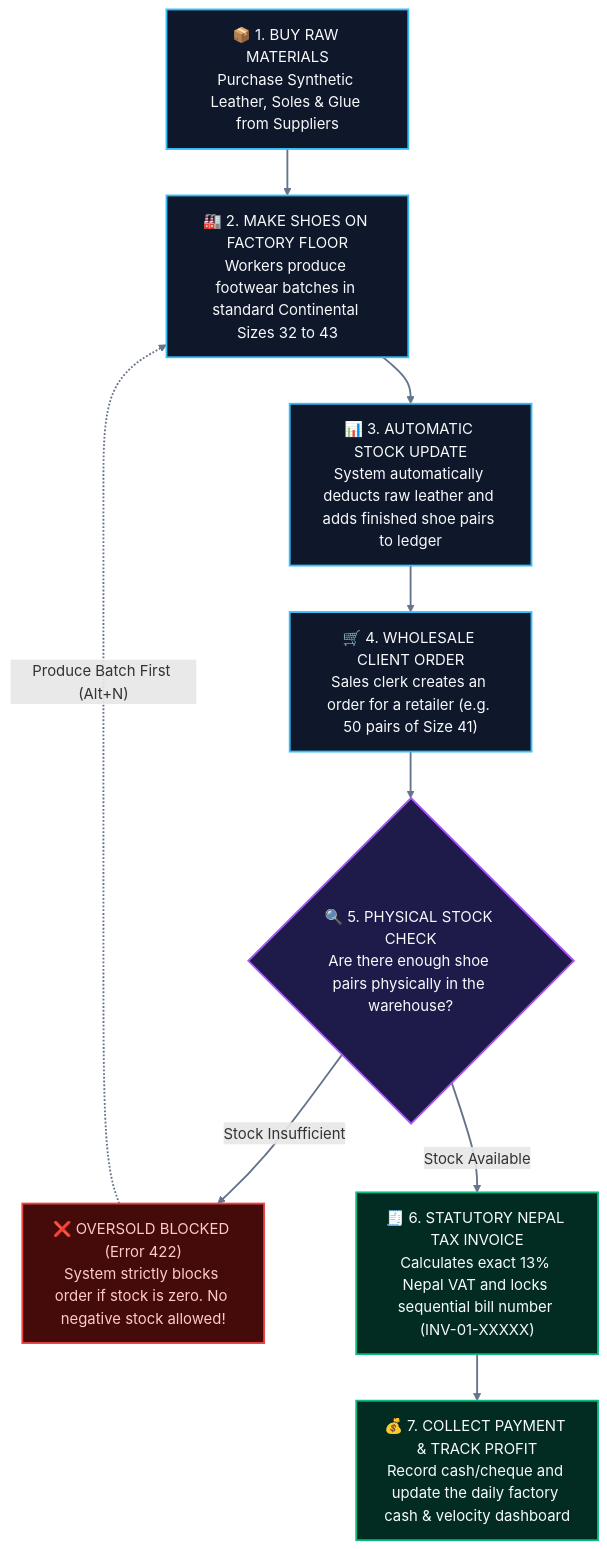
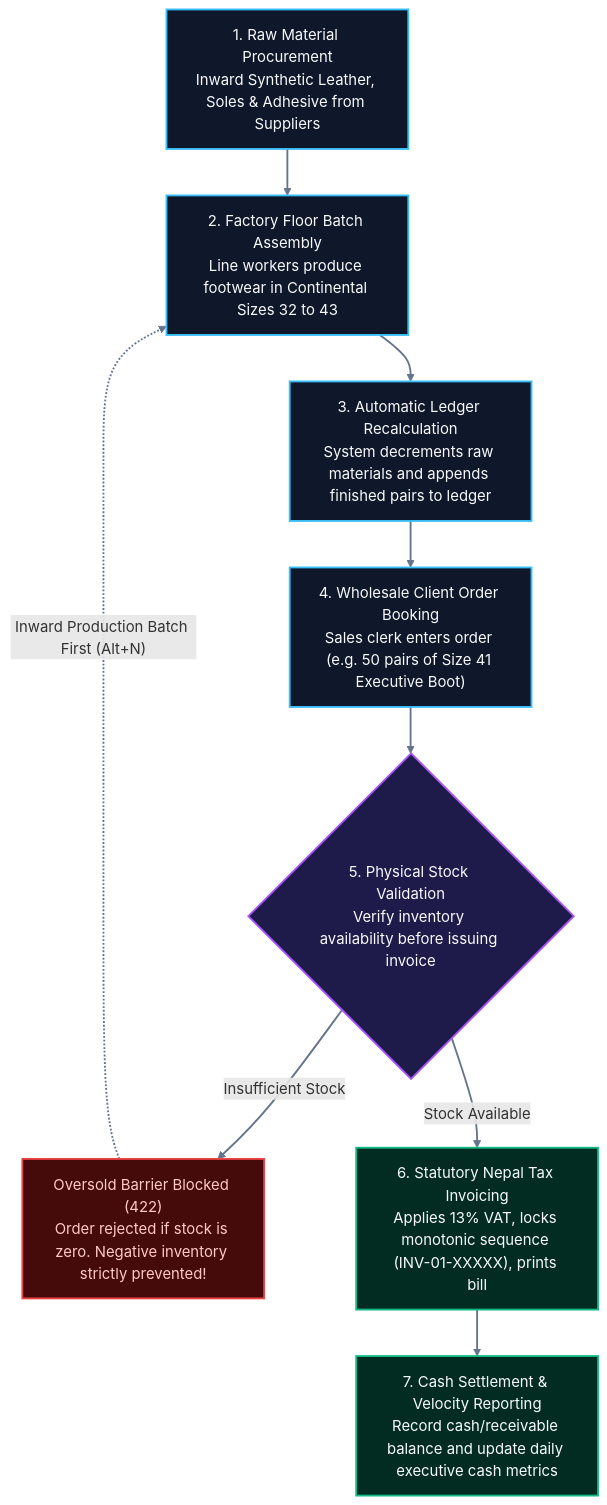
One commit to Sishir120/livo-footwear-erp changed the first of 2 diagrams in README.md. Above: the diagram before and after it, drawn with Mermaid. The commit also changed other lines of this file, not shown here.

Commit message:
docs(readme): restructure into executive enterprise dossier and technical pitch

````diff
--- a/README.md
+++ b/README.md
@@ -135,27 +42,27 @@
 ```mermaid
 flowchart TD
     classDef step fill:#0f172a,stroke:#38bdf8,stroke-width:2px,color:#f8fafc;
     classDef check fill:#1e1b4b,stroke:#a855f7,stroke-width:2px,color:#f8fafc;
     classDef success fill:#022c22,stroke:#10b981,stroke-width:2px,color:#f8fafc;
     classDef alert fill:#450a0a,stroke:#ef4444,stroke-width:2px,color:#fecaca;
 
-    A["📦 1. BUY RAW MATERIALS<br/>Purchase Synthetic Leather, Soles & Glue from Suppliers"]:::step
-    B["🏭 2. MAKE SHOES ON FACTORY FLOOR<br/>Workers produce footwear batches in standard Continental Sizes 32 to 43"]:::step
-    C["📊 3. AUTOMATIC STOCK UPDATE<br/>System automatically deducts raw leather and adds finished shoe pairs to ledger"]:::step
-    D["🛒 4. WHOLESALE CLIENT ORDER<br/>Sales clerk creates an order for a retailer (e.g. 50 pairs of Size 41)"]:::step
-    E{"🔍 5. PHYSICAL STOCK CHECK<br/>Are there enough shoe pairs physically in the warehouse?"}:::check
-    F["❌ OVERSOLD BLOCKED (Error 422)<br/>System strictly blocks order if stock is zero. No negative stock allowed!"]:::alert
-    G["🧾 6. STATUTORY NEPAL TAX INVOICE<br/>Calculates exact 13% Nepal VAT and locks sequential bill number (INV-01-XXXXX)"]:::success
-    H["💰 7. COLLECT PAYMENT & TRACK PROFIT<br/>Record cash/cheque and update the daily factory cash & velocity dashboard"]:::success
+    A["1. Raw Material Procurement<br/>Inward Synthetic Leather, Soles & Adhesive from Suppliers"]:::step
+    B["2. Factory Floor Batch Assembly<br/>Line workers produce footwear in Continental Sizes 32 to 43"]:::step
+    C["3. Automatic Ledger Recalculation<br/>System decrements raw materials and appends finished pairs to ledger"]:::step
+    D["4. Wholesale Client Order Booking<br/>Sales clerk enters order (e.g. 50 pairs of Size 41 Executive Boot)"]:::step
+    E{"5. Physical Stock Validation<br/>Verify inventory availability before issuing invoice"}:::check
+    F["Oversold Barrier Blocked (422)<br/>Order rejected if stock is zero. Negative inventory strictly prevented!"]:::alert
+    G["6. Statutory Nepal Tax Invoicing<br/>Applies 13% VAT, locks monotonic sequence (INV-01-XXXXX), prints bill"]:::success
+    H["7. Cash Settlement & Velocity Reporting<br/>Record cash/receivable balance and update daily executive cash metrics"]:::success
 
     A --> B
     B --> C
     C --> D
     D --> E
-    E -->|"Stock Insufficient"| F
-    F -.->|"Produce Batch First (Alt+N)"| B
+    E -->|"Insufficient Stock"| F
+    F -.->|"Inward Production Batch First (Alt+N)"| B
     E -->|"Stock Available"| G
     G --> H
 
     linkStyle default stroke:#64748b,stroke-width:2px;
 ```
````
